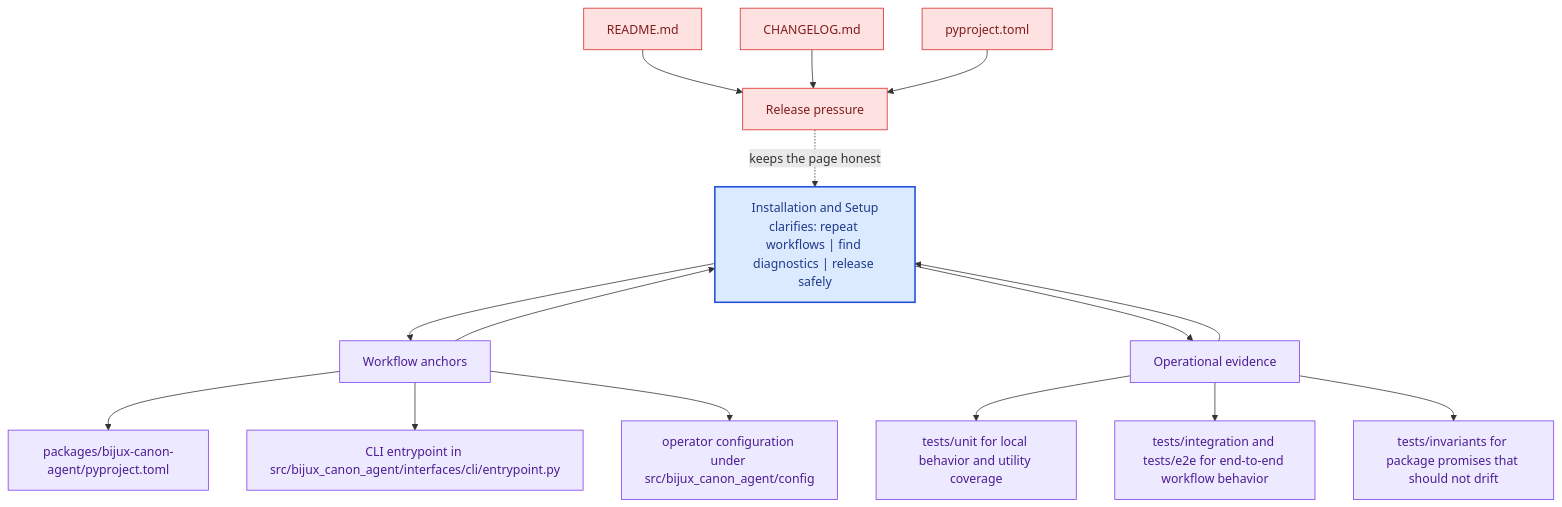
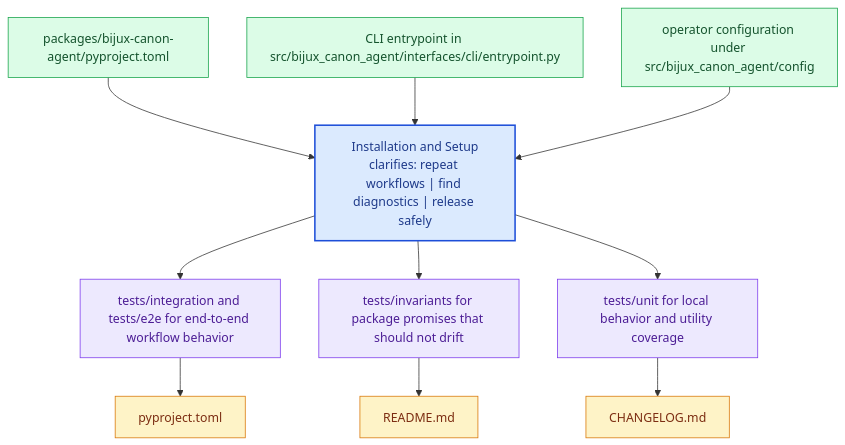
One commit to bijux/bijux-canon changed the diagram in docs/bijux-canon-agent/operations/installation-and-setup.md. Above: the diagram before and after it, drawn with Mermaid. The commit also changed other lines of this file and 281 other files, not shown here.

Commit message:
docs(diagrams): replace repeated mermaid scaffolds with page-specific summaries

````diff
--- a/docs/bijux-canon-agent/operations/installation-and-setup.md
+++ b/docs/bijux-canon-agent/operations/installation-and-setup.md
@@ -68,41 +23,31 @@
 ```mermaid
 flowchart TB
-    promise["Installation and Setup<br/>clarifies: repeat workflows | find diagnostics | release safely"]
-    classDef promise fill:#dbeafe,stroke:#1d4ed8,color:#1e3a8a,stroke-width:2px;
-    classDef driver fill:#dcfce7,stroke:#16a34a,color:#14532d;
-    classDef constraint fill:#fee2e2,stroke:#dc2626,color:#7f1d1d;
-    classDef ground fill:#ede9fe,stroke:#7c3aed,color:#4c1d95;
-    focus1["Workflow anchors"]
-    focus1 --> promise
-    promise --> focus1
-    focus1_1["packages/bijux-canon-agent/pyproject.toml"]
-    focus1 --> focus1_1
-    focus1_2["CLI entrypoint in src/bijux_canon_agent/interfaces/cli/entrypoint.py"]
-    focus1 --> focus1_2
-    focus1_3["operator configuration under src/bijux_canon_agent/config"]
-    focus1 --> focus1_3
-    class focus1 ground;
-    class focus1_1,focus1_2,focus1_3 ground;
-    focus2["Operational evidence"]
-    focus2 --> promise
-    promise --> focus2
-    focus2_1["tests/unit for local behavior and utility coverage"]
-    focus2 --> focus2_1
-    focus2_2["tests/integration and tests/e2e for end-to-end workflow behavior"]
-    focus2 --> focus2_2
-    focus2_3["tests/invariants for package promises that should not drift"]
-    focus2 --> focus2_3
-    class focus2 ground;
-    class focus2_1,focus2_2,focus2_3 ground;
-    focus3["Release pressure"]
-    focus3 -.keeps the page honest.-> promise
-    focus3_1["README.md"]
-    focus3_1 --> focus3
-    focus3_2["CHANGELOG.md"]
-    focus3_2 --> focus3
-    focus3_3["pyproject.toml"]
-    focus3_3 --> focus3
-    class focus3 constraint;
-    class focus3_1,focus3_2,focus3_3 constraint;
-    class promise promise;
+    page["Installation and Setup<br/>clarifies: repeat workflows | find diagnostics | release safely"]
+    classDef page fill:#dbeafe,stroke:#1d4ed8,color:#1e3a8a,stroke-width:2px;
+    classDef positive fill:#dcfce7,stroke:#16a34a,color:#14532d;
+    classDef caution fill:#fee2e2,stroke:#dc2626,color:#7f1d1d;
+    classDef anchor fill:#ede9fe,stroke:#7c3aed,color:#4c1d95;
+    classDef action fill:#fef3c7,stroke:#d97706,color:#7c2d12;
+    step1["packages/bijux-canon-agent/pyproject.toml"]
+    step1 --> page
+    step2["CLI entrypoint in src/bijux_canon_agent/interfaces/cli/entrypoint.py"]
+    step2 --> page
+    step3["operator configuration under src/bijux_canon_agent/config"]
+    step3 --> page
+    run1["tests/integration and tests/e2e for end-to-end workflow behavior"]
+    page --> run1
+    run2["tests/invariants for package promises that should not drift"]
+    page --> run2
+    run3["tests/unit for local behavior and utility coverage"]
+    page --> run3
+    release1["pyproject.toml"]
+    run1 --> release1
+    release2["README.md"]
+    run2 --> release2
+    release3["CHANGELOG.md"]
+    run3 --> release3
+    class page page;
+    class step1,step2,step3 positive;
+    class run1,run2,run3 anchor;
+    class release1,release2,release3 action;
 ```
````
